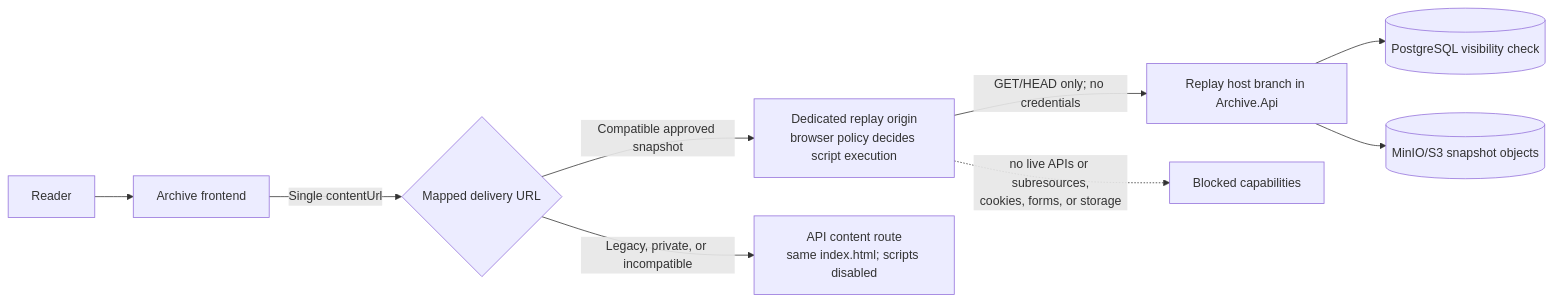
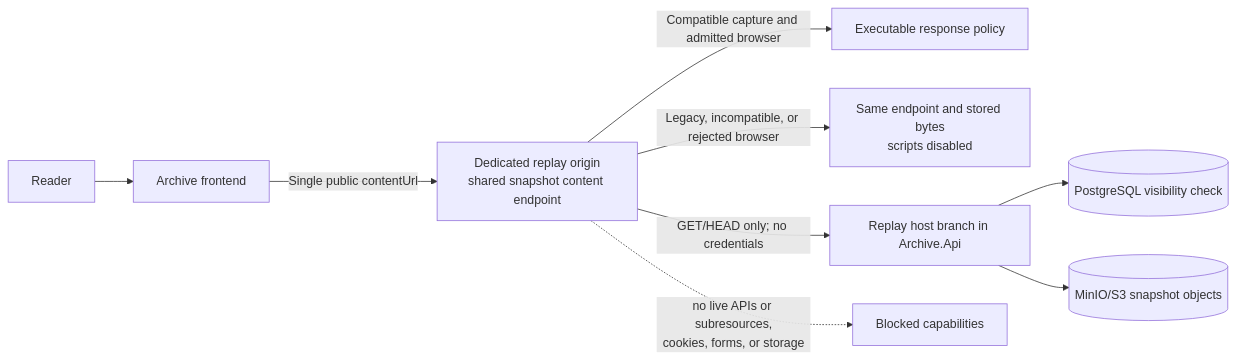
Before and after one commit to schmolldechse/archive: the diagram in docs/interactive-archive-replay-proposal.md, drawn with Mermaid. The commit also changed other lines of this file and 21 other files, not shown here.

Commit message:
refactor: unify public snapshot content delivery

````diff
--- a/docs/interactive-archive-replay-proposal.md
+++ b/docs/interactive-archive-replay-proposal.md
@@ -51,11 +51,11 @@
 ```mermaid
 flowchart LR
     Reader[Reader] --> Frontend[Archive frontend]
-    Frontend -->|Single contentUrl| Content{Mapped delivery URL}
-    Content -->|Compatible approved snapshot| Replay[Dedicated replay origin<br/>browser policy decides script execution]
-    Content -->|Legacy, private, or incompatible| Static[API content route<br/>same index.html; scripts disabled]
+    Frontend -->|Single public contentUrl| Replay[Dedicated replay origin<br/>shared snapshot content endpoint]
+    Replay -->|Compatible capture and admitted browser| Interactive[Executable response policy]
+    Replay -->|Legacy, incompatible, or rejected browser| Static[Same endpoint and stored bytes<br/>scripts disabled]
     Replay -->|GET/HEAD only; no credentials| APIHost[Replay host branch in Archive.Api]
     APIHost --> Database[(PostgreSQL visibility check)]
     APIHost --> Objects[(MinIO/S3 snapshot objects)]
     Replay -. no live APIs or subresources,<br/>cookies, forms, or storage .-> Blocked[Blocked capabilities]
 ```
````
